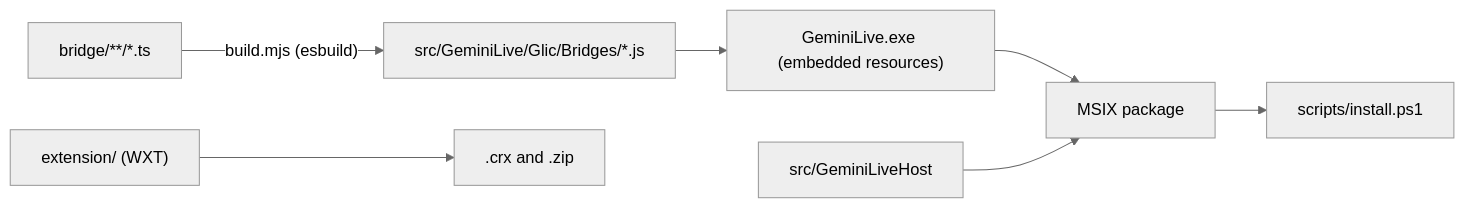
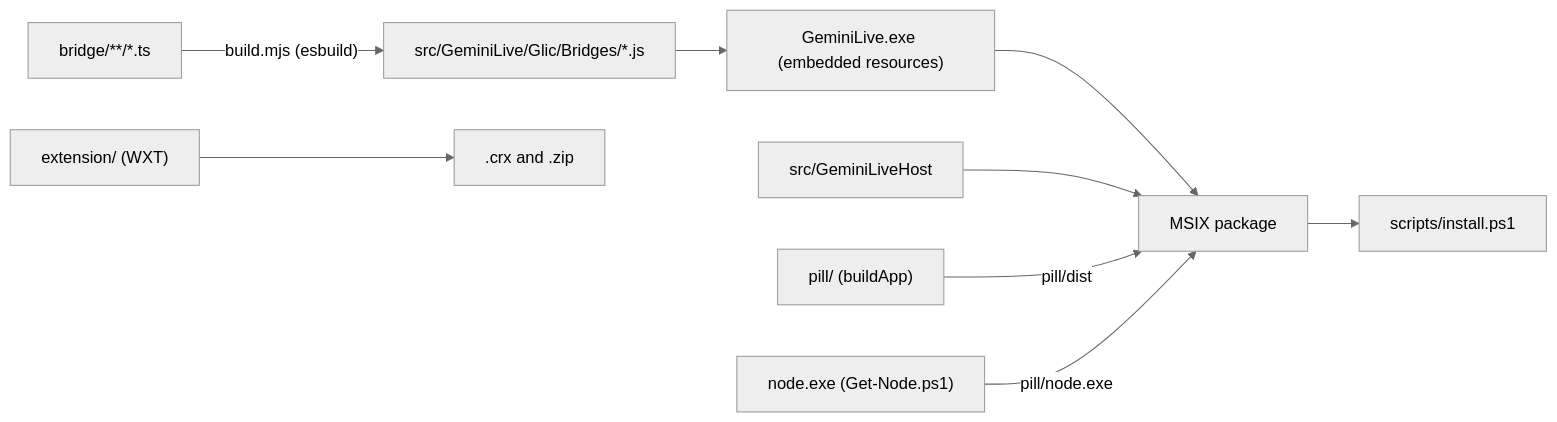
One commit to avi12/gemini-live-for-windows changed the seventh of 7 diagrams in ARCHITECTURE.md. Above: the diagram before and after it, drawn with Mermaid (neutral theme). The commit also changed other lines of this file and 1 other file, not shown here.

Commit message:
docs: describe the Svelte pill, its sidecar and the bundled runtime

````diff
--- a/ARCHITECTURE.md
+++ b/ARCHITECTURE.md
@@ -164,9 +194,11 @@
 ```mermaid
 flowchart LR
   TS["bridge/**/*.ts"] -->|"build.mjs (esbuild)"| JS["src/GeminiLive/Glic/Bridges/*.js"]
   JS --> App["GeminiLive.exe (embedded resources)"]
   Ext["extension/ (WXT)"] --> CRX[".crx and .zip"]
   App --> MSIX["MSIX package"]
   Host["src/GeminiLiveHost"] --> MSIX
+  Pill["pill/ (buildApp)"] -->|"pill/dist"| MSIX
+  Node["node.exe (Get-Node.ps1)"] -->|"pill/node.exe"| MSIX
   MSIX --> Install["scripts/install.ps1"]
 ```
````
